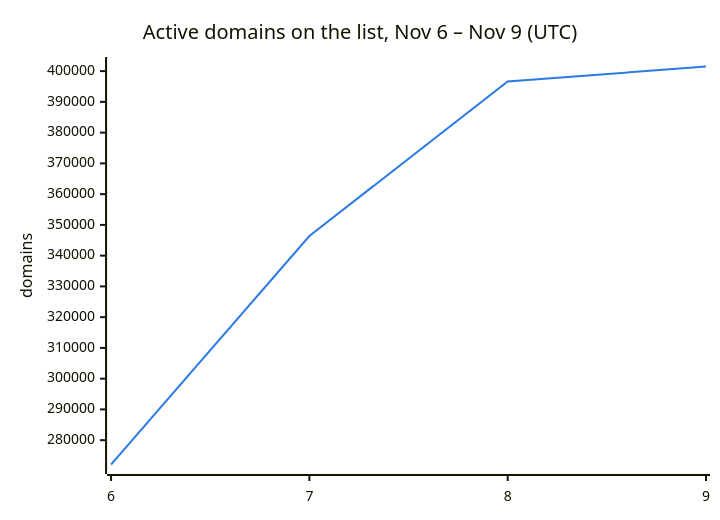
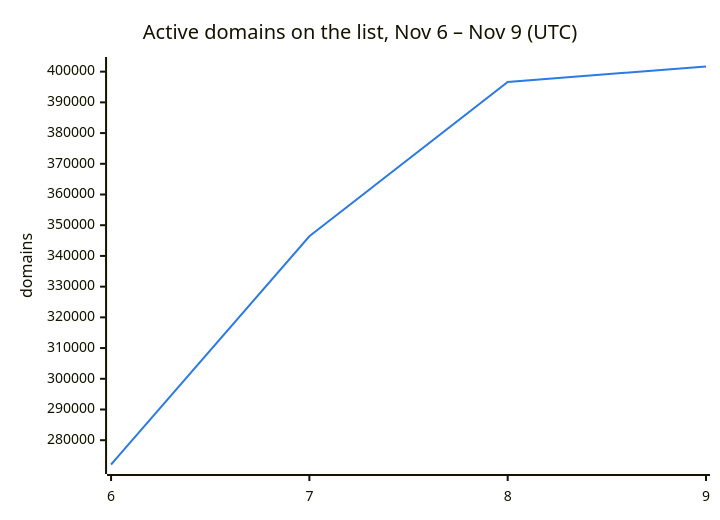
The second of 3 diagrams in README.md (DNSBunker/CTI), drawn with Mermaid before and after one commit. The commit also changed other lines of this file and 3 other files, not shown here.

````diff
--- a/README.md
+++ b/README.md
@@ -38,8 +38,8 @@
 ```mermaid
 %%{init: {"themeVariables": {"xyChart": {"plotColorPalette": "#2c7be5"}}}}%%
 xychart-beta
     title "Active domains on the list, Nov 6 – Nov 9 (UTC)"
     x-axis ["6", "7", "8", "9"]
     y-axis "domains"
-    line [272088, 346388, 396638, 401504]
+    line [272088, 346388, 396638, 401678]
 ```
````
